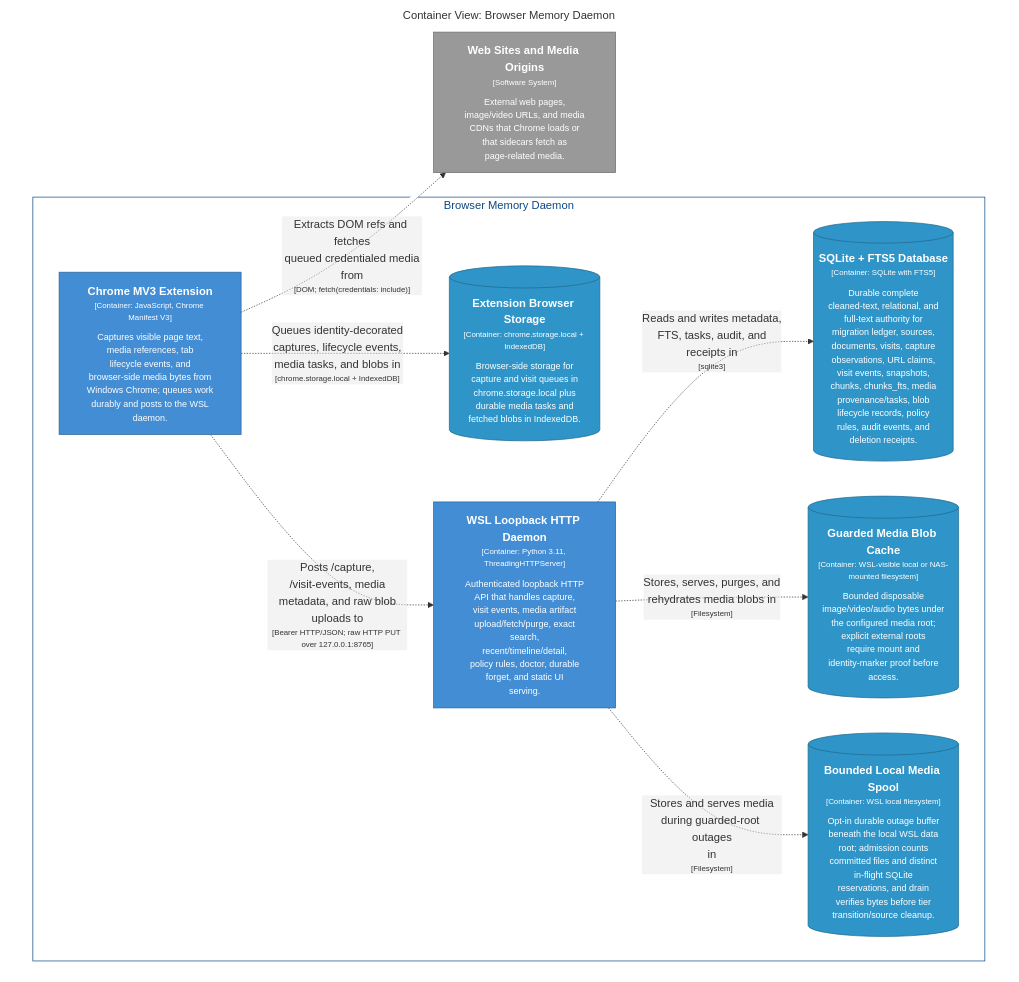
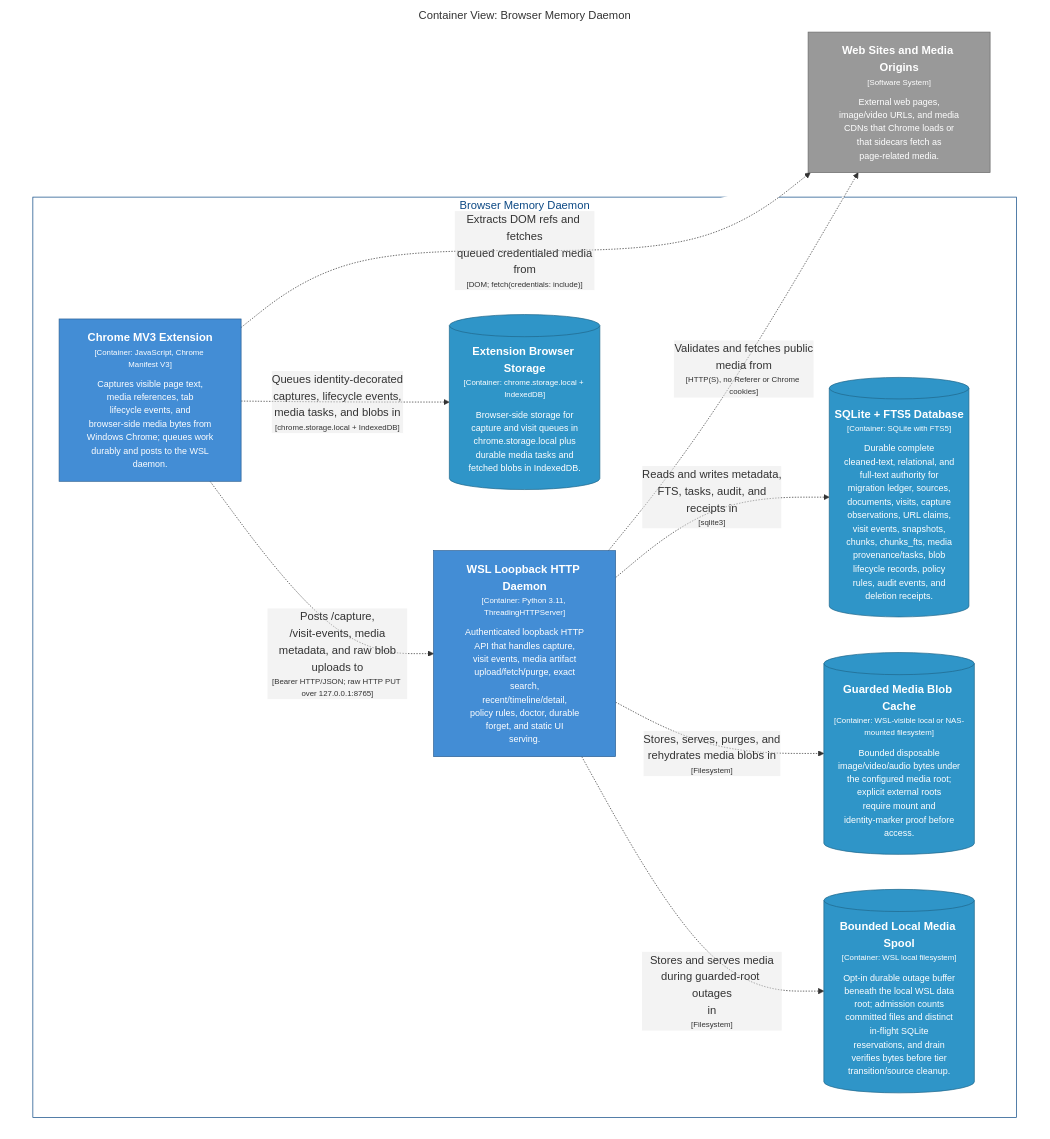
One commit to michaelnicks0/browser-memory-daemon changed the diagram in docs/architecture/diagrams/markdown/BrowserMediaContainers.md. Above: the diagram before and after it, drawn with Mermaid. The commit also changed 158 other files, not shown here.

Commit message:
refactor(media): extract guarded fetch and HLS transport

````diff
--- a/docs/architecture/diagrams/markdown/BrowserMediaContainers.md
+++ b/docs/architecture/diagrams/markdown/BrowserMediaContainers.md
@@ -16,36 +16,37 @@
 ```mermaid
 graph TB
   linkStyle default fill:#ffffff
 
   subgraph diagram ["Container View: Browser Memory Daemon"]
     style diagram fill:#ffffff,stroke:#ffffff
 
     3["<div style='font-weight: bold'>Web Sites and Media Origins</div><div style='font-size: 70%; margin-top: 0px'>[Software System]</div><div style='font-size: 80%; margin-top:10px'>External web pages,<br />image/video URLs, and media<br />CDNs that Chrome loads or<br />that sidecars fetch as<br />page-related media.</div>"]
     style 3 fill:#999999,stroke:#6b6b6b,color:#ffffff
 
     subgraph 4 ["Browser Memory Daemon"]
       style 4 fill:#ffffff,stroke:#0b4884,color:#0b4884
 
       13[("<div style='font-weight: bold'>Extension Browser Storage</div><div style='font-size: 70%; margin-top: 0px'>[Container: chrome.storage.local + IndexedDB]</div><div style='font-size: 80%; margin-top:10px'>Browser-side storage for<br />capture and visit queues in<br />chrome.storage.local plus<br />durable media tasks and<br />fetched blobs in IndexedDB.</div>")]
       style 13 fill:#2f95c8,stroke:#20688c,color:#ffffff
       14["<div style='font-weight: bold'>WSL Loopback HTTP Daemon</div><div style='font-size: 70%; margin-top: 0px'>[Container: Python 3.11, ThreadingHTTPServer]</div><div style='font-size: 80%; margin-top:10px'>Authenticated loopback HTTP<br />API that handles capture,<br />visit events, media artifact<br />upload/fetch/purge, exact<br />search,<br />recent/timeline/detail,<br />policy rules, doctor, durable<br />forget, and static UI<br />serving.</div>"]
       style 14 fill:#438dd5,stroke:#2e6295,color:#ffffff
-      34[("<div style='font-weight: bold'>SQLite + FTS5 Database</div><div style='font-size: 70%; margin-top: 0px'>[Container: SQLite with FTS5]</div><div style='font-size: 80%; margin-top:10px'>Durable complete<br />cleaned-text, relational, and<br />full-text authority for<br />migration ledger, sources,<br />documents, visits, capture<br />observations, URL claims,<br />visit events, snapshots,<br />chunks, chunks_fts, media<br />provenance/tasks, blob<br />lifecycle records, policy<br />rules, audit events, and<br />deletion receipts.</div>")]
-      style 34 fill:#2f95c8,stroke:#20688c,color:#ffffff
-      36[("<div style='font-weight: bold'>Guarded Media Blob Cache</div><div style='font-size: 70%; margin-top: 0px'>[Container: WSL-visible local or NAS-mounted filesystem]</div><div style='font-size: 80%; margin-top:10px'>Bounded disposable<br />image/video/audio bytes under<br />the configured media root;<br />explicit external roots<br />require mount and<br />identity-marker proof before<br />access.</div>")]
+      36[("<div style='font-weight: bold'>SQLite + FTS5 Database</div><div style='font-size: 70%; margin-top: 0px'>[Container: SQLite with FTS5]</div><div style='font-size: 80%; margin-top:10px'>Durable complete<br />cleaned-text, relational, and<br />full-text authority for<br />migration ledger, sources,<br />documents, visits, capture<br />observations, URL claims,<br />visit events, snapshots,<br />chunks, chunks_fts, media<br />provenance/tasks, blob<br />lifecycle records, policy<br />rules, audit events, and<br />deletion receipts.</div>")]
       style 36 fill:#2f95c8,stroke:#20688c,color:#ffffff
-      37[("<div style='font-weight: bold'>Bounded Local Media Spool</div><div style='font-size: 70%; margin-top: 0px'>[Container: WSL local filesystem]</div><div style='font-size: 80%; margin-top:10px'>Opt-in durable outage buffer<br />beneath the local WSL data<br />root; admission counts<br />committed files and distinct<br />in-flight SQLite<br />reservations, and drain<br />verifies bytes before tier<br />transition/source cleanup.</div>")]
-      style 37 fill:#2f95c8,stroke:#20688c,color:#ffffff
+      38[("<div style='font-weight: bold'>Guarded Media Blob Cache</div><div style='font-size: 70%; margin-top: 0px'>[Container: WSL-visible local or NAS-mounted filesystem]</div><div style='font-size: 80%; margin-top:10px'>Bounded disposable<br />image/video/audio bytes under<br />the configured media root;<br />explicit external roots<br />require mount and<br />identity-marker proof before<br />access.</div>")]
+      style 38 fill:#2f95c8,stroke:#20688c,color:#ffffff
+      39[("<div style='font-weight: bold'>Bounded Local Media Spool</div><div style='font-size: 70%; margin-top: 0px'>[Container: WSL local filesystem]</div><div style='font-size: 80%; margin-top:10px'>Opt-in durable outage buffer<br />beneath the local WSL data<br />root; admission counts<br />committed files and distinct<br />in-flight SQLite<br />reservations, and drain<br />verifies bytes before tier<br />transition/source cleanup.</div>")]
+      style 39 fill:#2f95c8,stroke:#20688c,color:#ffffff
       5["<div style='font-weight: bold'>Chrome MV3 Extension</div><div style='font-size: 70%; margin-top: 0px'>[Container: JavaScript, Chrome Manifest V3]</div><div style='font-size: 80%; margin-top:10px'>Captures visible page text,<br />media references, tab<br />lifecycle events, and<br />browser-side media bytes from<br />Windows Chrome; queues work<br />durably and posts to the WSL<br />daemon.</div>"]
       style 5 fill:#438dd5,stroke:#2e6295,color:#ffffff
     end
 
+    14-. "<div>Validates and fetches public<br />media from</div><div style='font-size: 70%'>[HTTP(S), no Referer or Chrome cookies]</div>" .->3
     5-. "<div>Extracts DOM refs and fetches<br />queued credentialed media<br />from</div><div style='font-size: 70%'>[DOM; fetch(credentials: include)]</div>" .->3
     5-. "<div>Queues identity-decorated<br />captures, lifecycle events,<br />media tasks, and blobs in</div><div style='font-size: 70%'>[chrome.storage.local + IndexedDB]</div>" .->13
     5-. "<div>Posts /capture,<br />/visit-events, media<br />metadata, and raw blob<br />uploads to</div><div style='font-size: 70%'>[Bearer HTTP/JSON; raw HTTP PUT over 127.0.0.1:8765]</div>" .->14
-    14-. "<div>Reads and writes metadata,<br />FTS, tasks, audit, and<br />receipts in</div><div style='font-size: 70%'>[sqlite3]</div>" .->34
-    14-. "<div>Stores, serves, purges, and<br />rehydrates media blobs in</div><div style='font-size: 70%'>[Filesystem]</div>" .->36
-    14-. "<div>Stores and serves media<br />during guarded-root outages<br />in</div><div style='font-size: 70%'>[Filesystem]</div>" .->37
+    14-. "<div>Reads and writes metadata,<br />FTS, tasks, audit, and<br />receipts in</div><div style='font-size: 70%'>[sqlite3]</div>" .->36
+    14-. "<div>Stores, serves, purges, and<br />rehydrates media blobs in</div><div style='font-size: 70%'>[Filesystem]</div>" .->38
+    14-. "<div>Stores and serves media<br />during guarded-root outages<br />in</div><div style='font-size: 70%'>[Filesystem]</div>" .->39
 
   end
 ```
````
